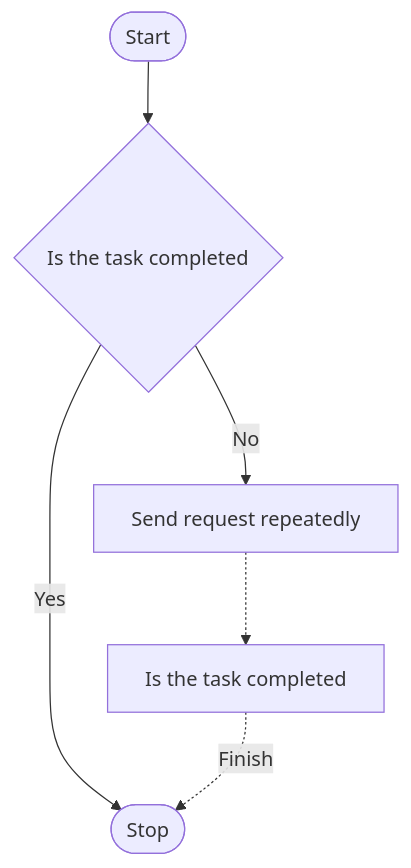
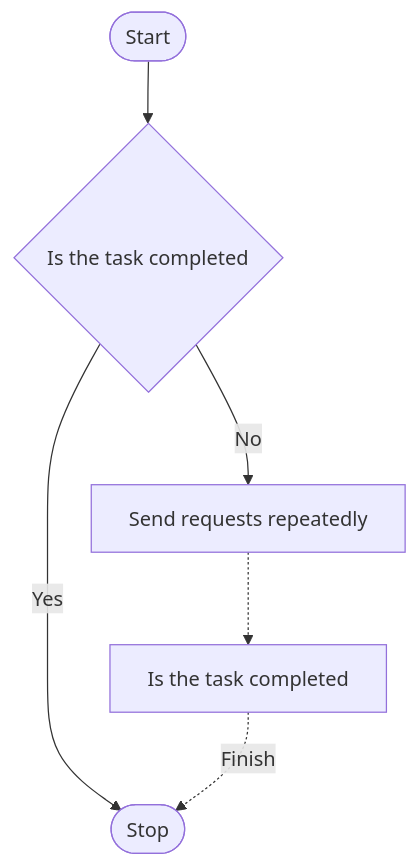
The second of 4 diagrams in README_EN.md (HCLonely/AWA-Helper), drawn with Mermaid before and after one commit. The commit also changed other lines of this file, not shown here.

````diff
--- a/README_EN.md
+++ b/README_EN.md
@@ -38,7 +38,7 @@
 ```mermaid
 flowchart TD
   A([Start]) --> B{Is the task completed}
   B --> |Yes| C([Stop])
-  B --> |No| D[Send request repeatedly]
+  B --> |No| D[Send requests repeatedly]
   D -.-> E[Is the task completed] -. Finish .-> C
 ```
````
